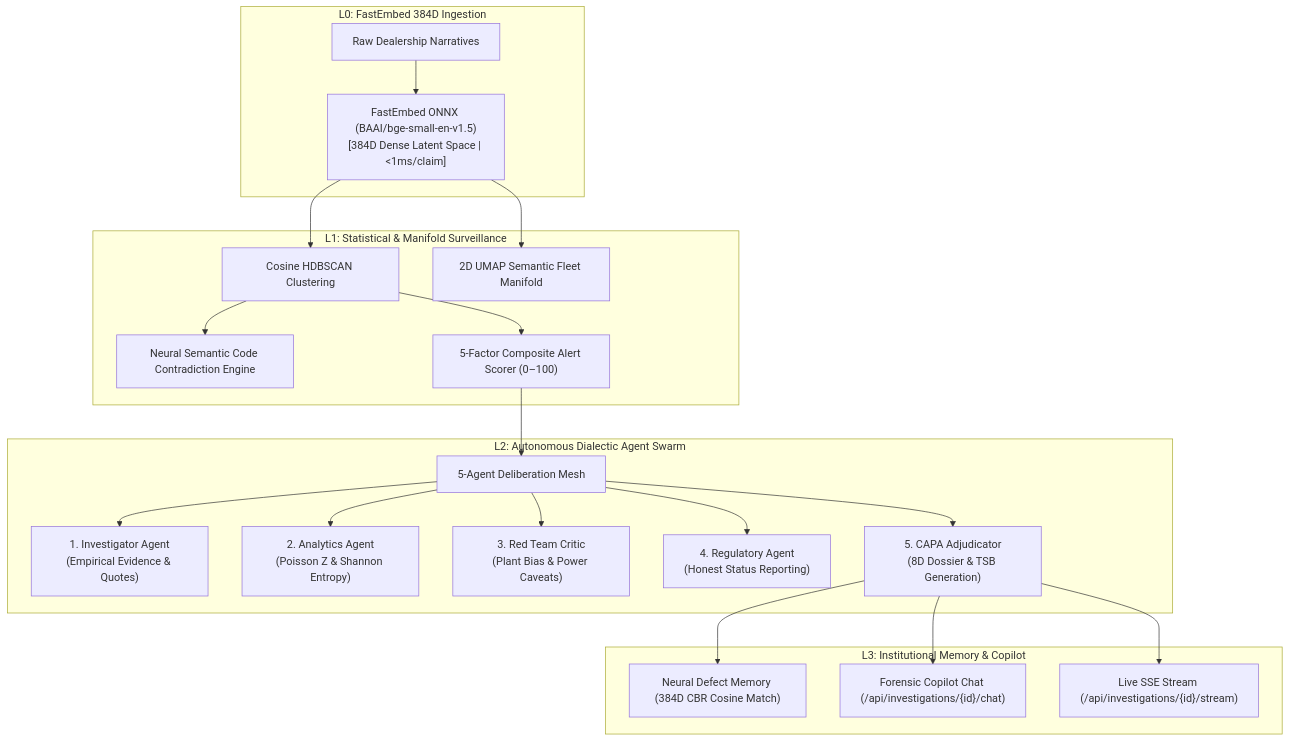
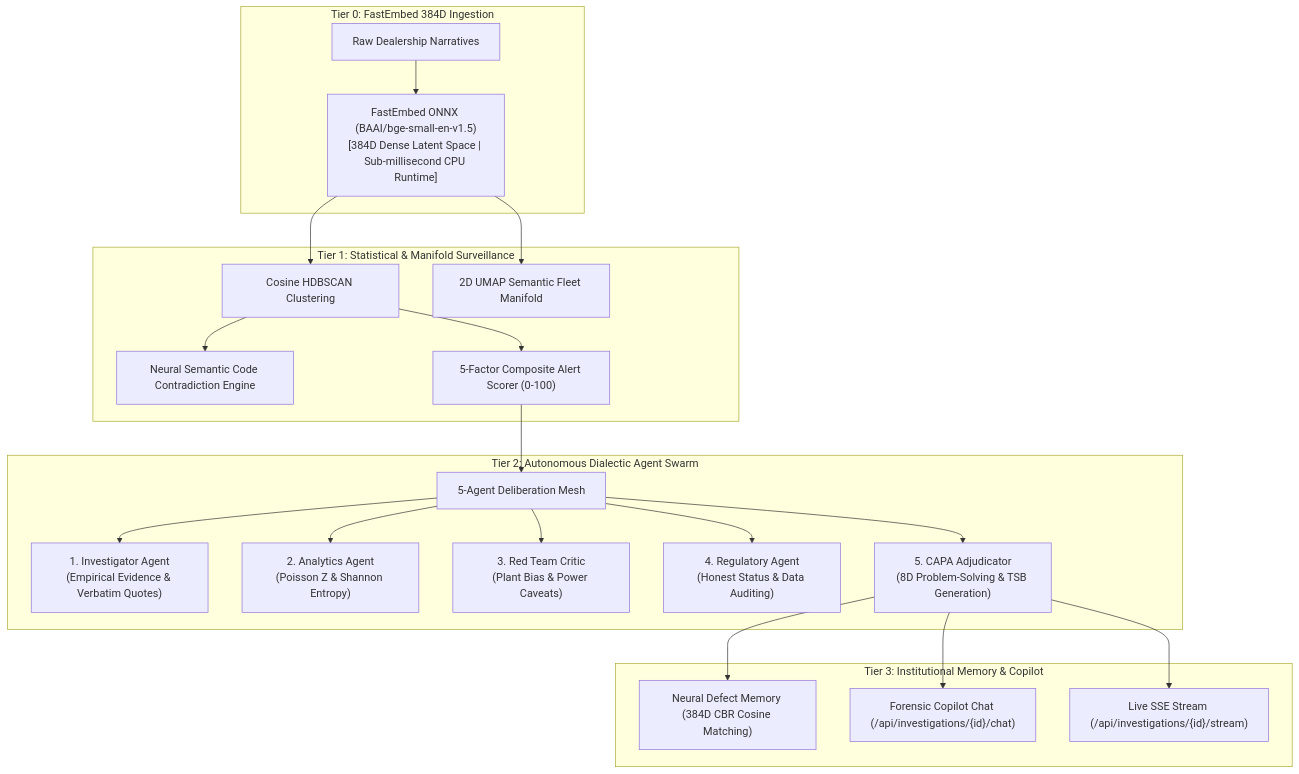
The diagram in README.md (Unknownx-x1/Warrantyminer), drawn with Mermaid before and after one commit. The commit also changed other lines of this file, not shown here.

````diff
--- a/README.md
+++ b/README.md
@@ -88,28 +88,28 @@
 ```mermaid
 flowchart TD
-    subgraph L0 ["L0: FastEmbed 384D Ingestion"]
-        Claims["Raw Dealership Narratives"] --> FE["FastEmbed ONNX (BAAI/bge-small-en-v1.5)\n[384D Dense Latent Space | <1ms/claim]"]
+    subgraph L0 ["Tier 0: FastEmbed 384D Ingestion"]
+        Claims["Raw Dealership Narratives"] --> FE["FastEmbed ONNX (BAAI/bge-small-en-v1.5)\n[384D Dense Latent Space | Sub-millisecond CPU Runtime]"]
     end
 
-    subgraph L1 ["L1: Statistical & Manifold Surveillance"]
+    subgraph L1 ["Tier 1: Statistical & Manifold Surveillance"]
         FE --> HDB["Cosine HDBSCAN Clustering"]
         FE --> UMAP["2D UMAP Semantic Fleet Manifold"]
         HDB --> NLI["Neural Semantic Code Contradiction Engine"]
-        HDB --> Score["5-Factor Composite Alert Scorer (0–100)"]
+        HDB --> Score["5-Factor Composite Alert Scorer (0-100)"]
     end
 
-    subgraph L2 ["L2: Autonomous Dialectic Agent Swarm"]
+    subgraph L2 ["Tier 2: Autonomous Dialectic Agent Swarm"]
         Score --> Mesh["5-Agent Deliberation Mesh"]
-        Mesh --> A1["1. Investigator Agent\n(Empirical Evidence & Quotes)"]
+        Mesh --> A1["1. Investigator Agent\n(Empirical Evidence & Verbatim Quotes)"]
         Mesh --> A2["2. Analytics Agent\n(Poisson Z & Shannon Entropy)"]
         Mesh --> A3["3. Red Team Critic\n(Plant Bias & Power Caveats)"]
-        Mesh --> A4["4. Regulatory Agent\n(Honest Status Reporting)"]
-        Mesh --> A5["5. CAPA Adjudicator\n(8D Dossier & TSB Generation)"]
+        Mesh --> A4["4. Regulatory Agent\n(Honest Status & Data Auditing)"]
+        Mesh --> A5["5. CAPA Adjudicator\n(8D Problem-Solving & TSB Generation)"]
     end
 
-    subgraph L3 ["L3: Institutional Memory & Copilot"]
-        A5 --> CBR["Neural Defect Memory (384D CBR Cosine Match)"]
+    subgraph L3 ["Tier 3: Institutional Memory & Copilot"]
+        A5 --> CBR["Neural Defect Memory (384D CBR Cosine Matching)"]
         A5 --> Copilot["Forensic Copilot Chat (/api/investigations/{id}/chat)"]
         A5 --> Stream["Live SSE Stream (/api/investigations/{id}/stream)"]
     end
 ```
````
